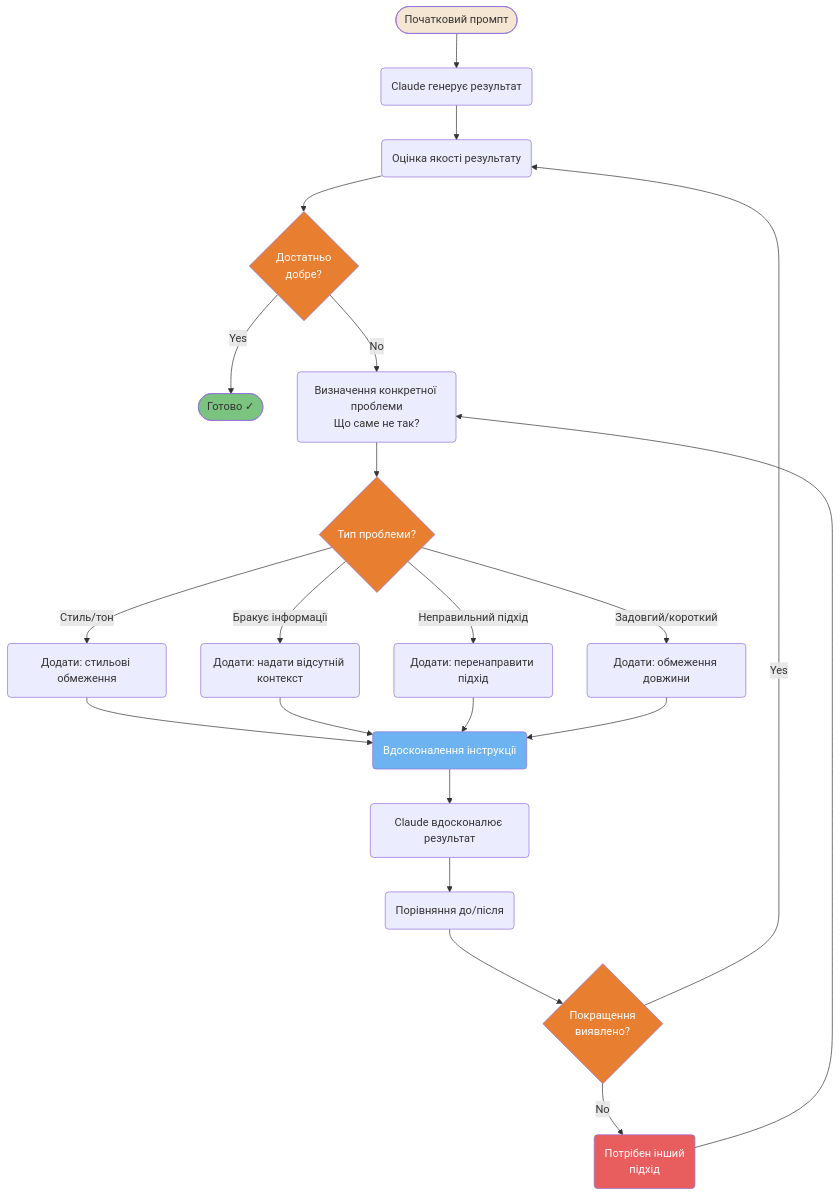
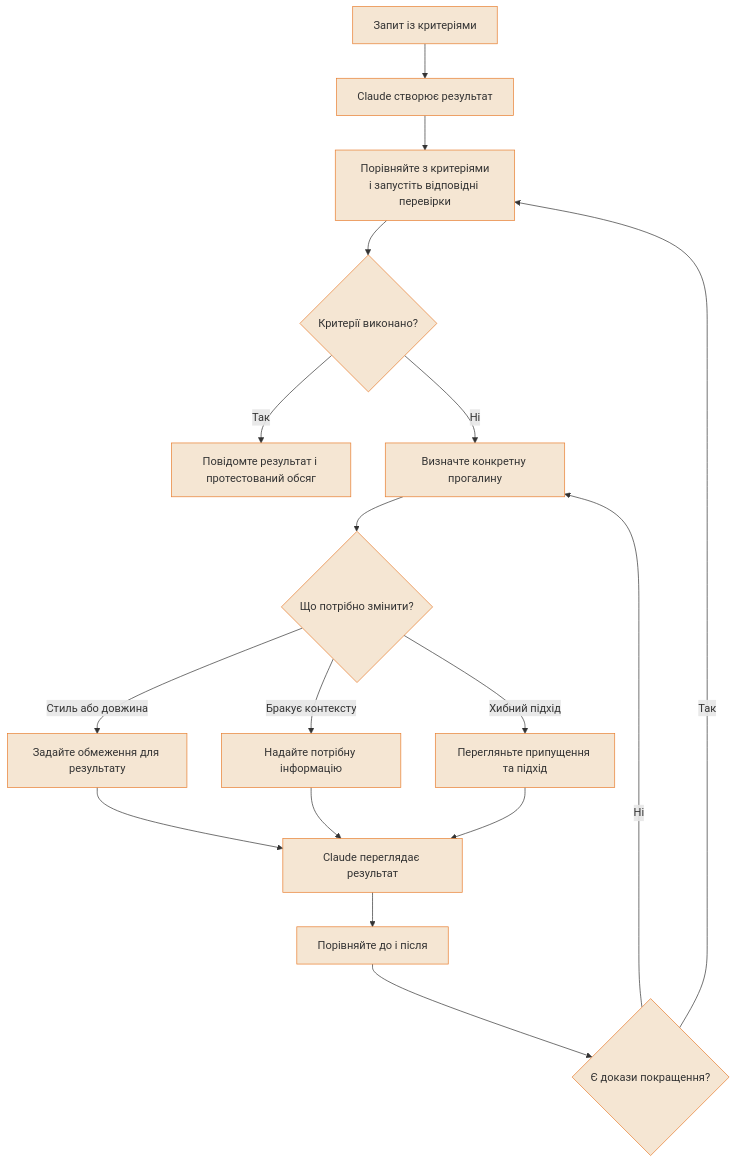
One commit to sermers-cyber/claude-code-ultimate-guide-ua changed the fourth of 6 diagrams in guide/diagrams/06-development-workflows.uk.md. Above: the diagram before and after it, drawn with Mermaid. The commit also changed other lines of this file and 80 other files, not shown here.

````diff
--- a/guide/diagrams/06-development-workflows.uk.md
+++ b/guide/diagrams/06-development-workflows.uk.md
@@ -245,48 +202,33 @@
 ```mermaid
 flowchart TD
-    A([Початковий промпт]) --> B(Claude генерує результат)
-    B --> C(Оцінка якості результату)
-    C --> D{Достатньо<br/>добре?}
-    D -->|Yes| E([Готово ✓])
-    D -->|No| F(Визначення конкретної проблеми<br/>Що саме не так?)
-    F --> G{Тип проблеми?}
-    G -->|Стиль/тон| H(Додати: стильові обмеження)
-    G -->|Бракує інформації| I(Додати: надати відсутній контекст)
-    G -->|Неправильний підхід| J(Додати: перенаправити підхід)
-    G -->|Задовгий/короткий| K(Додати: обмеження довжини)
-    H --> L(Вдосконалення інструкції)
-    I --> L
-    J --> L
-    K --> L
-    L --> M(Claude вдосконалює результат)
-    M --> N(Порівняння до/після)
-    N --> O{Покращення<br/>виявлено?}
-    O -->|Yes| C
-    O -->|No| P(Потрібен інший<br/>підхід)
-    P --> F
-
-    style A fill:#F5E6D3,color:#333
-    style D fill:#E87E2F,color:#fff
-    style G fill:#E87E2F,color:#fff
-    style O fill:#E87E2F,color:#fff
-    style E fill:#7BC47F,color:#333
-    style L fill:#6DB3F2,color:#fff
-    style P fill:#E85D5D,color:#fff
-
-    click A href "https://github.com/gerasimsergey/claude-code-ultimate-guide-ua/blob/main/guide/workflows/iterative-refinement.md" "Початковий промпт"
-    click B href "https://github.com/gerasimsergey/claude-code-ultimate-guide-ua/blob/main/guide/workflows/iterative-refinement.md" "Claude generates output"
-    click C href "https://github.com/gerasimsergey/claude-code-ultimate-guide-ua/blob/main/guide/workflows/iterative-refinement.md" "Evaluate output quality"
-    click D href "https://github.com/gerasimsergey/claude-code-ultimate-guide-ua/blob/main/guide/workflows/iterative-refinement.md" "Good enough?"
-    click E href "https://github.com/gerasimsergey/claude-code-ultimate-guide-ua/blob/main/guide/workflows/iterative-refinement.md" "Done ✓"
-    click F href "https://github.com/gerasimsergey/claude-code-ultimate-guide-ua/blob/main/guide/workflows/iterative-refinement.md" "Identify specific issue"
-    click G href "https://github.com/gerasimsergey/claude-code-ultimate-guide-ua/blob/main/guide/workflows/iterative-refinement.md" "Issue type?"
-    click H href "https://github.com/gerasimsergey/claude-code-ultimate-guide-ua/blob/main/guide/workflows/iterative-refinement.md" "Add style constraints"
-    click I href "https://github.com/gerasimsergey/claude-code-ultimate-guide-ua/blob/main/guide/workflows/iterative-refinement.md" "Provide missing context"
-    click J href "https://github.com/gerasimsergey/claude-code-ultimate-guide-ua/blob/main/guide/workflows/iterative-refinement.md" "Redirect approach"
-    click K href "https://github.com/gerasimsergey/claude-code-ultimate-guide-ua/blob/main/guide/workflows/iterative-refinement.md" "Add length constraint"
-    click L href "https://github.com/gerasimsergey/claude-code-ultimate-guide-ua/blob/main/guide/workflows/iterative-refinement.md" "Refine instruction"
-    click M href "https://github.com/gerasimsergey/claude-code-ultimate-guide-ua/blob/main/guide/workflows/iterative-refinement.md" "Claude refines output"
-    click N href "https://github.com/gerasimsergey/claude-code-ultimate-guide-ua/blob/main/guide/workflows/iterative-refinement.md" "Compare before/after"
-    click O href "https://github.com/gerasimsergey/claude-code-ultimate-guide-ua/blob/main/guide/workflows/iterative-refinement.md" "Improvement detected?"
-    click P href "https://github.com/gerasimsergey/claude-code-ultimate-guide-ua/blob/main/guide/workflows/iterative-refinement.md" "Different approach needed"
+    PROMPT["Запит із критеріями"] --> OUTPUT["Claude створює результат"]
+    OUTPUT --> EVAL["Порівняйте з критеріями<br/>і запустіть відповідні перевірки"]
+    EVAL --> GOOD{"Критерії виконано?"}
+    GOOD -->|Так| DONE["Повідомте результат і протестований обсяг"]
+    GOOD -->|Ні| ISSUE["Визначте конкретну прогалину"]
+    ISSUE --> TYPE{"Що потрібно змінити?"}
+    TYPE -->|Стиль або довжина| STYLE["Задайте обмеження для результату"]
+    TYPE -->|Бракує контексту| CONTEXT["Надайте потрібну інформацію"]
+    TYPE -->|Хибний підхід| APPROACH["Перегляньте припущення та підхід"]
+    STYLE --> REVISE["Claude переглядає результат"]
+    CONTEXT --> REVISE
+    APPROACH --> REVISE
+    REVISE --> COMPARE["Порівняйте до і після"]
+    COMPARE --> BETTER{"Є докази покращення?"}
+    BETTER -->|Так| EVAL
+    BETTER -->|Ні| ISSUE
+    classDef default fill:#F5E6D3,color:#333,stroke:#E87E2F
+    click PROMPT href "https://github.com/gerasimsergey/claude-code-ultimate-guide-ua/blob/main/guide/workflows/iterative-refinement.uk.md" "Переглянути цей патерн у посібнику"
+    click OUTPUT href "https://github.com/gerasimsergey/claude-code-ultimate-guide-ua/blob/main/guide/workflows/iterative-refinement.uk.md" "Переглянути цей патерн у посібнику"
+    click EVAL href "https://github.com/gerasimsergey/claude-code-ultimate-guide-ua/blob/main/guide/workflows/iterative-refinement.uk.md" "Переглянути цей патерн у посібнику"
+    click GOOD href "https://github.com/gerasimsergey/claude-code-ultimate-guide-ua/blob/main/guide/workflows/iterative-refinement.uk.md" "Переглянути цей патерн у посібнику"
+    click DONE href "https://github.com/gerasimsergey/claude-code-ultimate-guide-ua/blob/main/guide/workflows/iterative-refinement.uk.md" "Переглянути цей патерн у посібнику"
+    click ISSUE href "https://github.com/gerasimsergey/claude-code-ultimate-guide-ua/blob/main/guide/workflows/iterative-refinement.uk.md" "Переглянути цей патерн у посібнику"
+    click TYPE href "https://github.com/gerasimsergey/claude-code-ultimate-guide-ua/blob/main/guide/workflows/iterative-refinement.uk.md" "Переглянути цей патерн у посібнику"
+    click STYLE href "https://github.com/gerasimsergey/claude-code-ultimate-guide-ua/blob/main/guide/workflows/iterative-refinement.uk.md" "Переглянути цей патерн у посібнику"
+    click CONTEXT href "https://github.com/gerasimsergey/claude-code-ultimate-guide-ua/blob/main/guide/workflows/iterative-refinement.uk.md" "Переглянути цей патерн у посібнику"
+    click APPROACH href "https://github.com/gerasimsergey/claude-code-ultimate-guide-ua/blob/main/guide/workflows/iterative-refinement.uk.md" "Переглянути цей патерн у посібнику"
+    click REVISE href "https://github.com/gerasimsergey/claude-code-ultimate-guide-ua/blob/main/guide/workflows/iterative-refinement.uk.md" "Переглянути цей патерн у посібнику"
+    click COMPARE href "https://github.com/gerasimsergey/claude-code-ultimate-guide-ua/blob/main/guide/workflows/iterative-refinement.uk.md" "Переглянути цей патерн у посібнику"
+    click BETTER href "https://github.com/gerasimsergey/claude-code-ultimate-guide-ua/blob/main/guide/workflows/iterative-refinement.uk.md" "Переглянути цей патерн у посібнику"
 ```
````
